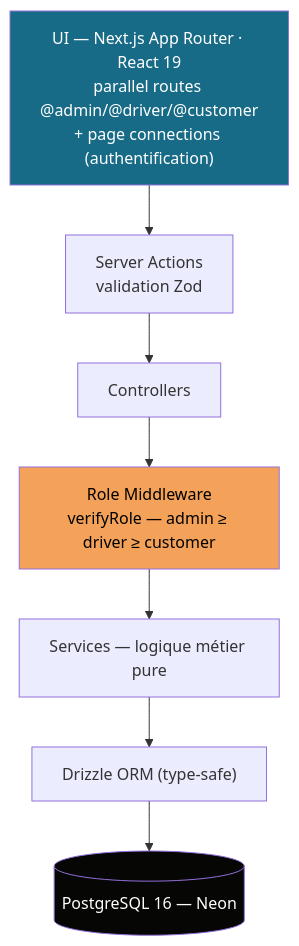
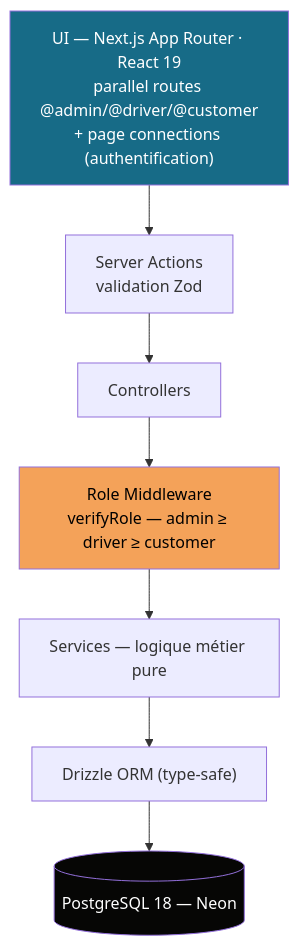
Before and after one commit to Mamoru-fr/AMT-Express: the sixth of 8 diagrams in documents/dossiers/dossierProjet/v1-complet/dossierProjetRNCP.md, drawn with Mermaid. The commit also changed other lines of this file and 2 other files, not shown here.

Commit message:
docs(rncp): US #89-#96 sur GitHub + versions reelles (PG18 Neon, Node 24, Zod 4.6.7) + annexes 14-16 (avant/apres, MCD A4, registre RGPD) + note AMT Horizon + tests 240 en 11,6s

````diff
--- a/documents/dossiers/dossierProjet/v1-complet/dossierProjetRNCP.md
+++ b/documents/dossiers/dossierProjet/v1-complet/dossierProjetRNCP.md
@@ -466,12 +468,12 @@
 ```mermaid
 flowchart TB
     A["UI — Next.js App Router · React 19<br/>parallel routes @admin/@driver/@customer<br/>+ page connections (authentification)"] --> B["Server Actions<br/>validation Zod"]
     B --> C["Controllers"]
     C --> D["Role Middleware<br/>verifyRole — admin ≥ driver ≥ customer"]
     D --> E["Services — logique métier pure"]
     E --> F["Drizzle ORM (type-safe)"]
-    F --> G[("PostgreSQL 16 — Neon")]
+    F --> G[("PostgreSQL 18 — Neon")]
     style A fill:#176B87,color:#fff
     style D fill:#F4A259,color:#000
     style G fill:#060605,color:#fff
 ```
````
